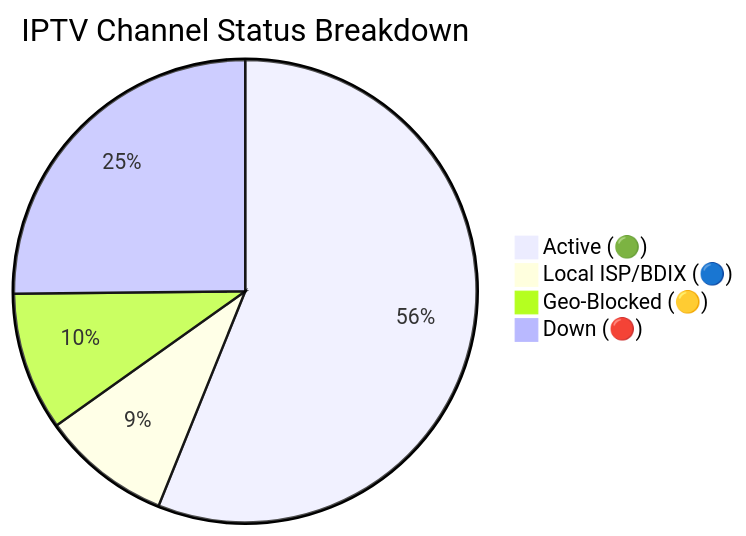
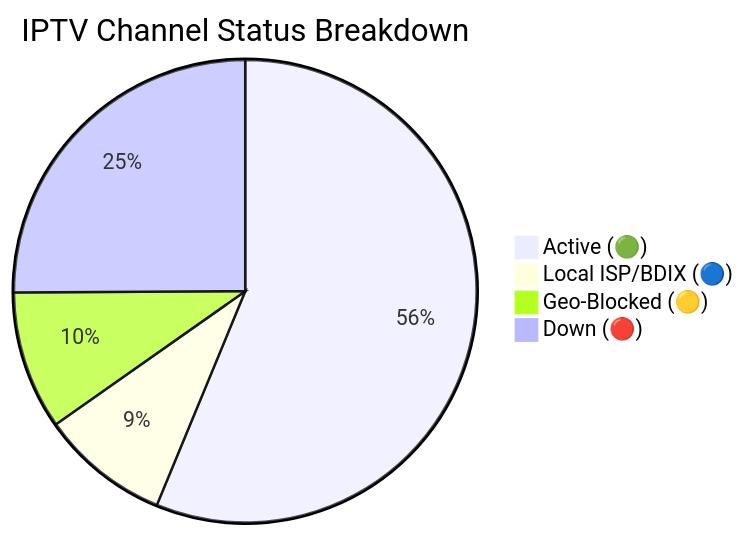
One commit to Zaman-Topu/Ip-tv-Collection changed the diagram in README.md. Above: the diagram before and after it, drawn with Mermaid. The commit also changed other lines of this file and 6 other files, not shown here.

````diff
--- a/README.md
+++ b/README.md
@@ -149,7 +149,7 @@
 ```mermaid
 pie title IPTV Channel Status Breakdown
-    "Active (🟢)" : 10683
-    "Local ISP/BDIX (🔵)" : 1723
-    "Geo-Blocked (🟡)" : 1841
-    "Down (🔴)" : 4793
+    "Active (🟢)" : 10721
+    "Local ISP/BDIX (🔵)" : 1717
+    "Geo-Blocked (🟡)" : 1842
+    "Down (🔴)" : 4783
 ```
````
